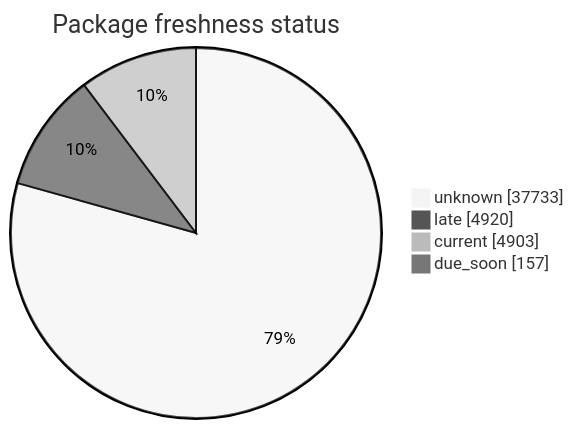
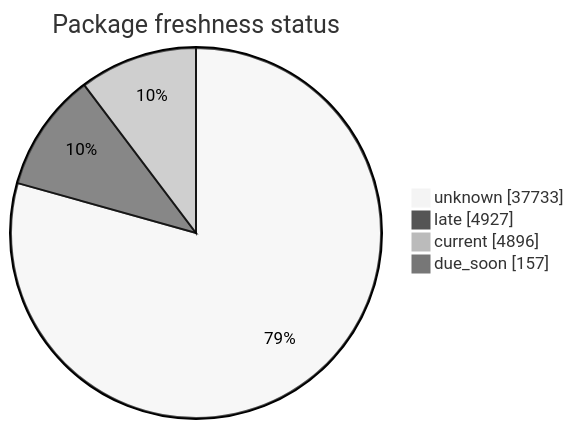
One commit to open-data/analytics-corporate-reporting changed the second of 5 diagrams in FreshCheck/README.md. Above: the diagram before and after it, drawn with Mermaid (neutral theme). The commit also changed other lines of this file and 3 other files, not shown here.

````diff
--- a/FreshCheck/README.md
+++ b/FreshCheck/README.md
@@ -68,7 +68,7 @@
 ```mermaid
 pie showData title Package freshness status
     "unknown": 37733
-    "late": 4920
-    "current": 4903
+    "late": 4927
+    "current": 4896
     "due_soon": 157
 ```
````
